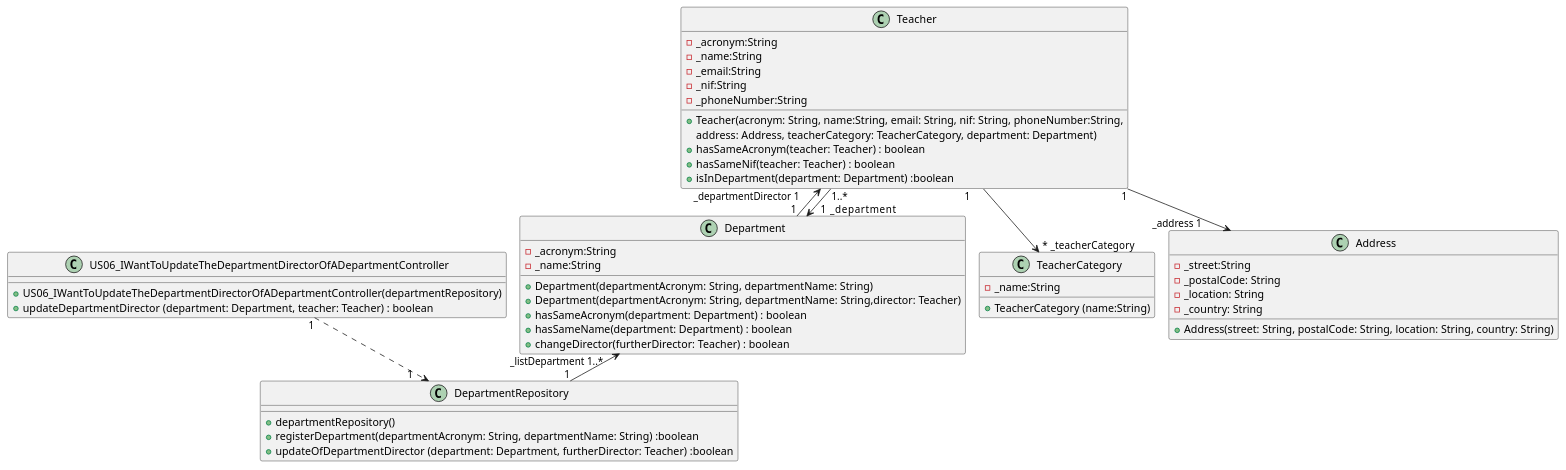
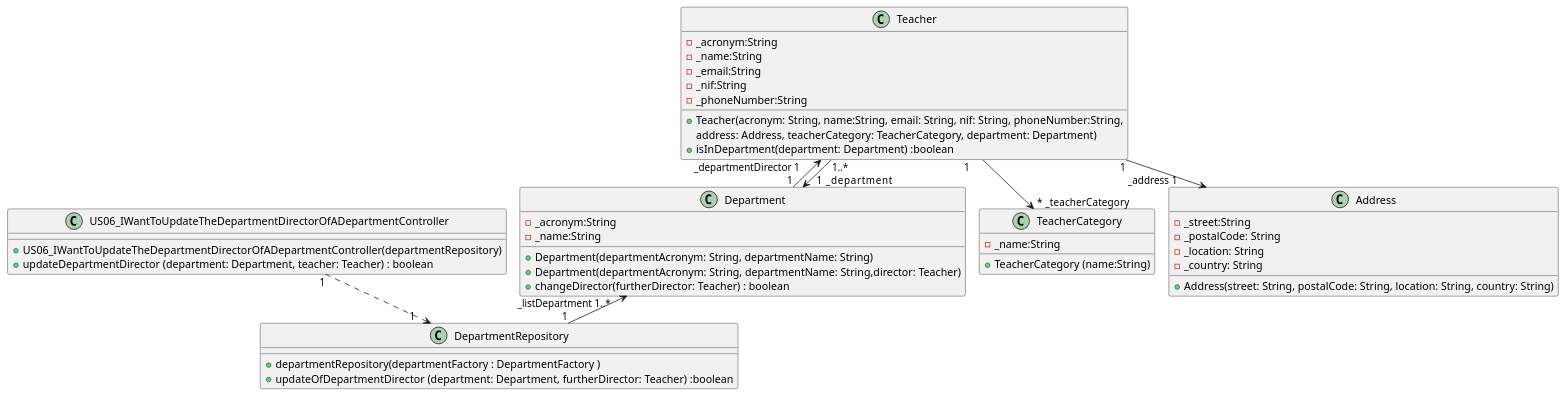
Before and after one commit to GasparISEP/DevOps-PAI: the diagram in docs/US06/US06_UpdateDepartmentDirectorOfADepartment_ClassDiagram.puml, drawn with PlantUML.

Commit message:
US06 - refactoring of US06 class diagram (add Department Factory)

```diff
--- a/docs/US06/US06_UpdateDepartmentDirectorOfADepartment_ClassDiagram.puml
+++ b/docs/US06/US06_UpdateDepartmentDirectorOfADepartment_ClassDiagram.puml
@@ -1,59 +1,54 @@
 @startuml
 !pragma layout smetana
 'left to right direction
 
 class US06_IWantToUpdateTheDepartmentDirectorOfADepartmentController {
     +US06_IWantToUpdateTheDepartmentDirectorOfADepartmentController(departmentRepository)
     +updateDepartmentDirector (department: Department, teacher: Teacher) : boolean
 }
 
 class Department {
     -_acronym:String
     -_name:String
     +Department(departmentAcronym: String, departmentName: String)
     +Department(departmentAcronym: String, departmentName: String,director: Teacher)
-    +hasSameAcronym(department: Department) : boolean
-    +hasSameName(department: Department) : boolean
     +changeDirector(furtherDirector: Teacher) : boolean
 }
 
 class DepartmentRepository {
-    +departmentRepository()
-    +registerDepartment(departmentAcronym: String, departmentName: String) :boolean
+    +departmentRepository(departmentFactory : DepartmentFactory )
     +updateOfDepartmentDirector (department: Department, furtherDirector: Teacher) :boolean
 }
 
 class Teacher {
      -_acronym:String
      -_name:String
      -_email:String
      -_nif:String
      -_phoneNumber:String
      +Teacher(acronym: String, name:String, email: String, nif: String, phoneNumber:String,
      address: Address, teacherCategory: TeacherCategory, department: Department)
-     +hasSameAcronym(teacher: Teacher) : boolean
-     +hasSameNif(teacher: Teacher) : boolean
      +isInDepartment(department: Department) :boolean
 }
 
 class TeacherCategory {
     -_name:String
     + TeacherCategory (name:String)
 }
 
 class Address {
      -_street:String
      -_postalCode: String
      -_location: String
      -_country: String
      +Address(street: String, postalCode: String, location: String, country: String)
 }
 
 US06_IWantToUpdateTheDepartmentDirectorOfADepartmentController "1" ..> "1      " DepartmentRepository
 Teacher "1" --> "_address 1           " Address
 Teacher "1     " --> " *  _teacherCategory " TeacherCategory
 Teacher "_departmentDirector 1        " <-- "1" Department
 Teacher "1..*     " --> "     1    _department" Department
 Department "_listDepartment 1..*      " <-- "1" DepartmentRepository
 
 @enduml
```
